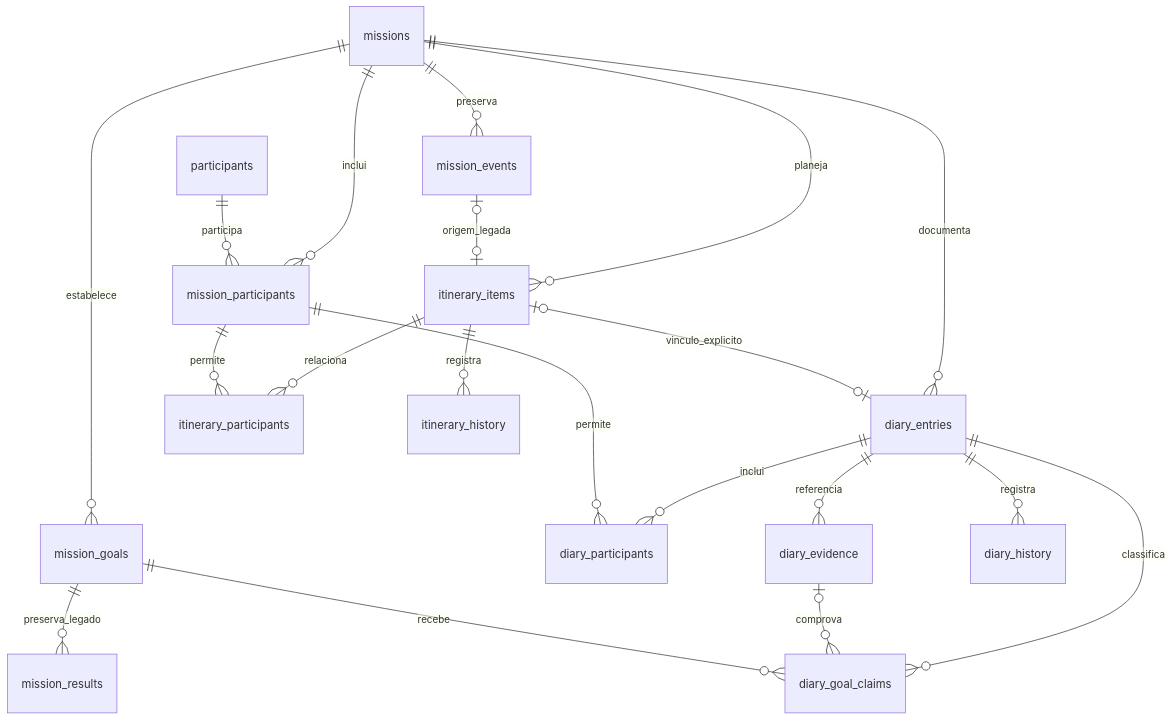
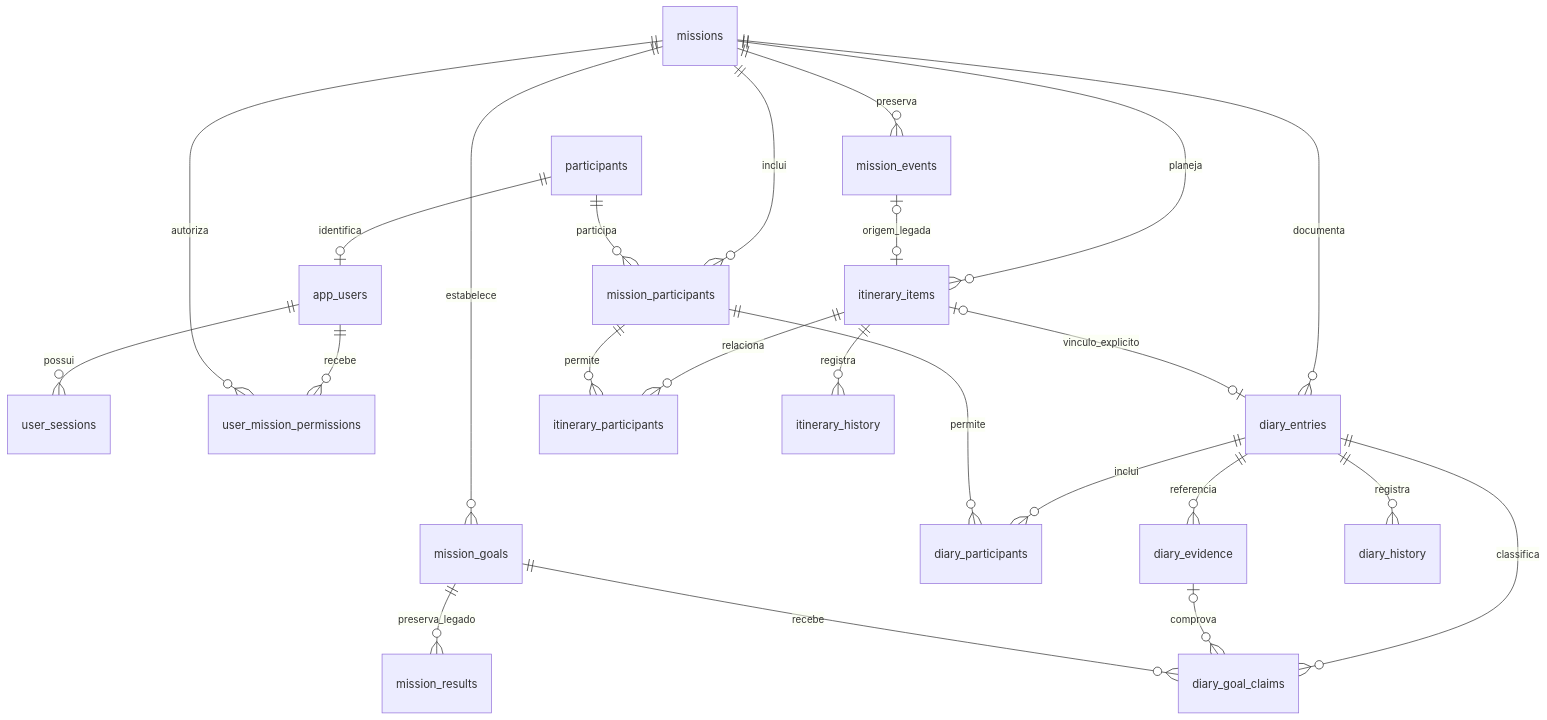
Before and after one commit to sergiobfj/secco-global-pe: the diagram in docs/arquitetura.md, drawn with Mermaid. The commit also changed other lines of this file and 30 other files, not shown here.

````diff
--- a/docs/arquitetura.md
+++ b/docs/arquitetura.md
@@ -29,22 +29,26 @@
 ```mermaid
 erDiagram
+    participants ||--o| app_users : identifica
+    app_users ||--o{ user_sessions : possui
+    app_users ||--o{ user_mission_permissions : recebe
+    missions ||--o{ user_mission_permissions : autoriza
     missions ||--o{ mission_participants : inclui
     participants ||--o{ mission_participants : participa
     missions ||--o{ mission_goals : estabelece
     mission_goals ||--o{ mission_results : preserva_legado
     missions ||--o{ diary_entries : documenta
     itinerary_items o|--o| diary_entries : vinculo_explicito
     diary_entries ||--o{ diary_participants : inclui
     mission_participants ||--o{ diary_participants : permite
     diary_entries ||--o{ diary_evidence : referencia
     diary_entries ||--o{ diary_goal_claims : classifica
     diary_evidence o|--o{ diary_goal_claims : comprova
     mission_goals ||--o{ diary_goal_claims : recebe
     diary_entries ||--o{ diary_history : registra
     missions ||--o{ mission_events : preserva
     missions ||--o{ itinerary_items : planeja
     mission_events o|--o| itinerary_items : origem_legada
     itinerary_items ||--o{ itinerary_participants : relaciona
     mission_participants ||--o{ itinerary_participants : permite
     itinerary_items ||--o{ itinerary_history : registra
 ```
````
